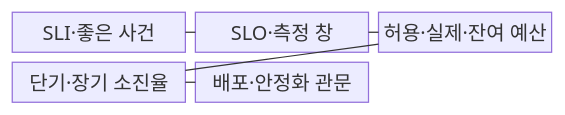
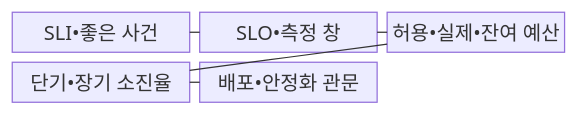
One commit to agnusdei1207/knowledge-base changed the first of 2 diagrams in src/content/docs/notes/06-evaluation/016_error_budget.md. Above: the diagram before and after it, drawn with Mermaid. The commit also changed other lines of this file and 953 other files, not shown here.

````diff
--- a/src/content/docs/notes/06-evaluation/016_error_budget.md
+++ b/src/content/docs/notes/06-evaluation/016_error_budget.md
@@ -68,13 +68,13 @@
 ```mermaid
 block-beta
   columns 3
-  I["SLI·좋은 사건"]
-  O["SLO·측정 창"]
-  B["허용·실제·잔여 예산"]
-  R["단기·장기 소진율"]
-  G["배포·안정화 관문"]
+  I["SLI•좋은 사건"]
+  O["SLO•측정 창"]
+  B["허용•실제•잔여 예산"]
+  R["단기•장기 소진율"]
+  G["배포•안정화 관문"]
   I --- O
   O --- B
   B --- R
   R --- G
 ```
````
